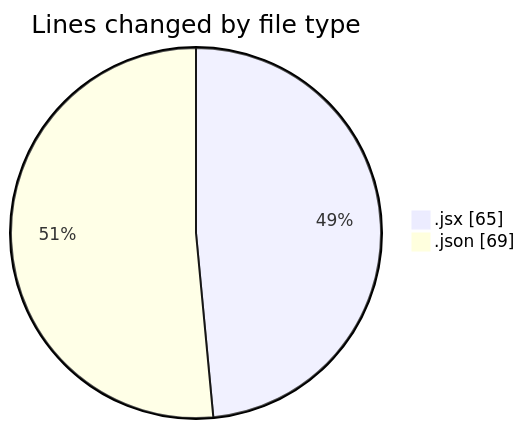
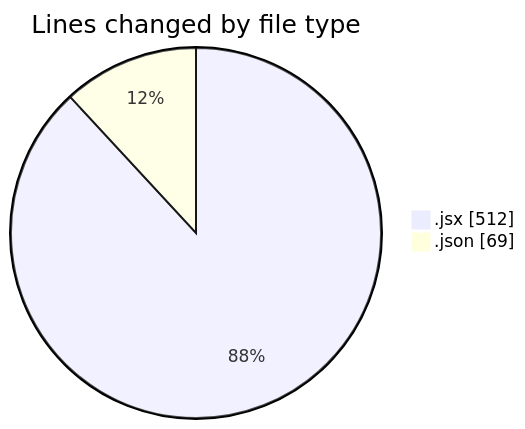
Before and after one commit to BS-eng2023/code-tracking: the first of 2 diagrams in 2025-05-04/project/README.md, drawn with Mermaid. The commit also changed other lines of this file and 1 other file, not shown here.

````diff
--- a/2025-05-04/project/README.md
+++ b/2025-05-04/project/README.md
@@ -23,6 +30,6 @@
 ```mermaid
 pie showData
 title Lines changed by file type
-".jsx" : 65
+".jsx" : 512
 ".json" : 69
 ```
````
